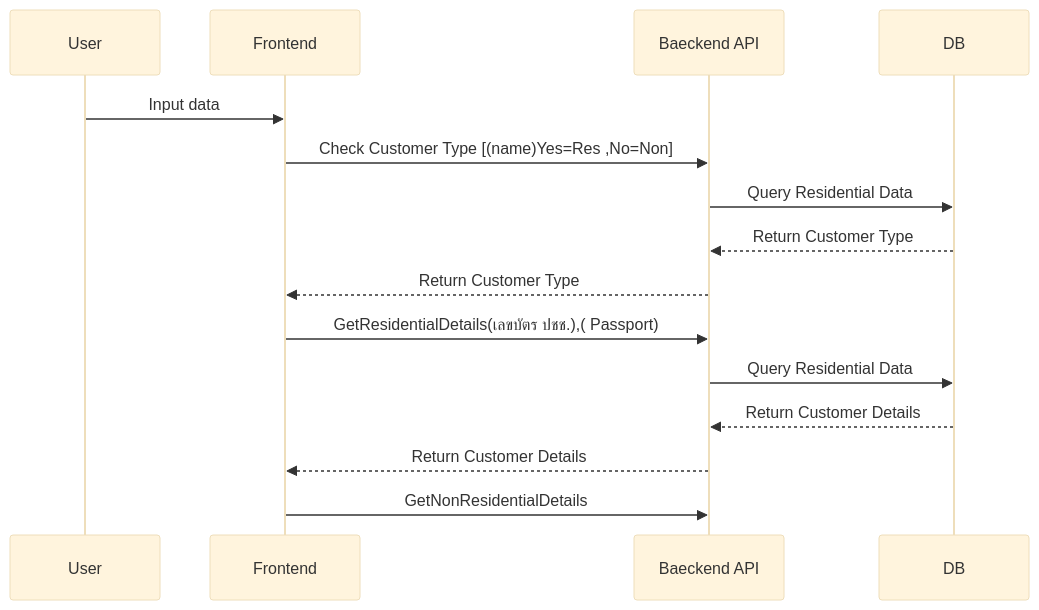
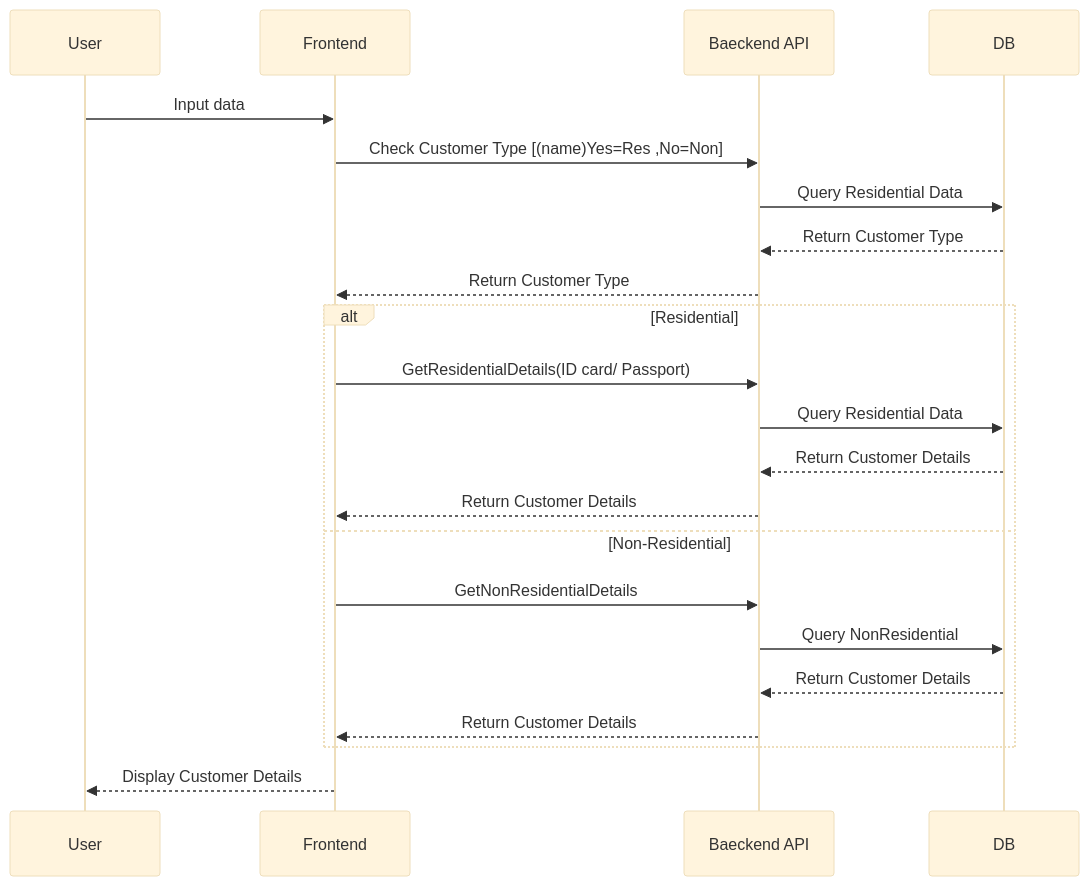
Before and after one commit to nalathip112/mermaid-diagram-design: the diagram in README.md, drawn with Mermaid (base theme). The commit also changed other lines of this file, not shown here.

````diff
--- a/README.md
+++ b/README.md
@@ -27,17 +2,21 @@
 ``` mermaid
 sequenceDiagram
 User->>Frontend: Input data
 Frontend->>Baeckend API: Check Customer Type [(name)Yes=Res ,No=Non]
 Baeckend API->>DB: Query Residential Data
 DB-->>Baeckend API: Return Customer Type
 Baeckend API-->>Frontend:  Return Customer Type
 
-Frontend->>Baeckend API: GetResidentialDetails(เลขบัตร ปชช.),( Passport)
-Baeckend API->>DB: Query Residential Data
-DB-->>Baeckend API: Return Customer Details
-Baeckend API-->>Frontend: Return Customer Details
-
-Frontend->>Baeckend API: GetNonResidentialDetails
-
-
+alt Residential
+  Frontend->>Baeckend API: GetResidentialDetails(ID card/ Passport)
+  Baeckend API->>DB: Query Residential Data
+  DB-->>Baeckend API: Return Customer Details
+  Baeckend API-->>Frontend: Return Customer Details
+else Non-Residential
+  Frontend->>Baeckend API: GetNonResidentialDetails
+  Baeckend API->>DB: Query NonResidential 
+  DB-->>Baeckend API: Return Customer Details
+  Baeckend API-->>Frontend: Return Customer Details
+end
+Frontend-->>User: Display Customer Details
 ```
````
